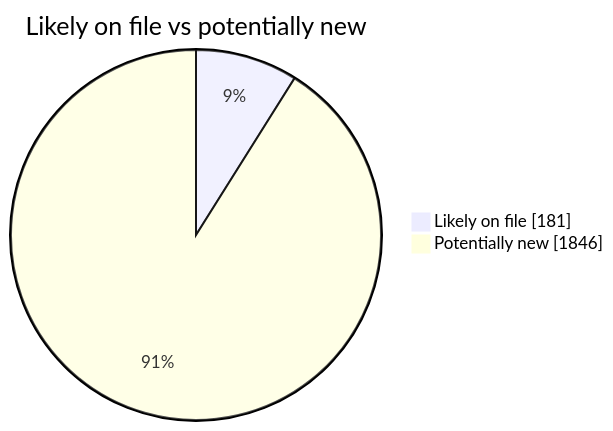
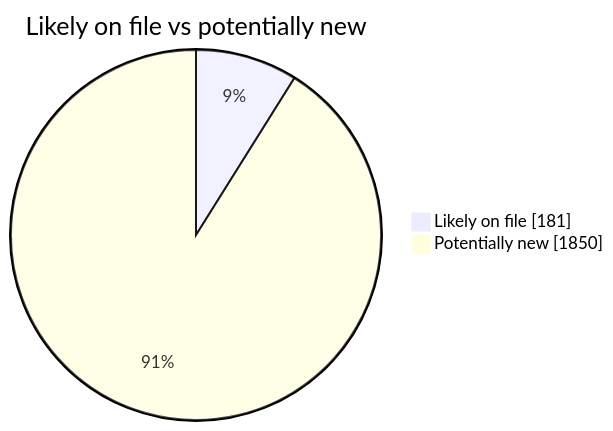
One commit to martinbalfanz/social-scanner-reports changed the second of 4 diagrams in README.md. Above: the diagram before and after it, drawn with Mermaid. The commit also changed other lines of this file and 4 other files, not shown here.

````diff
--- a/README.md
+++ b/README.md
@@ -40,5 +40,5 @@
 ```mermaid
 pie showData title Likely on file vs potentially new
     "Likely on file" : 181
-    "Potentially new" : 1846
+    "Potentially new" : 1850
 ```
````
